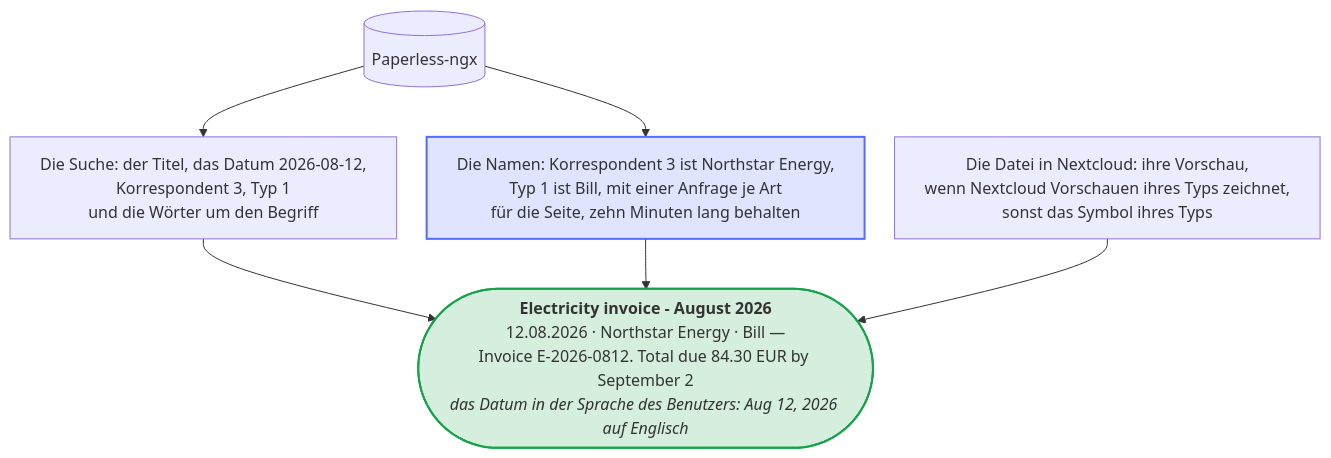
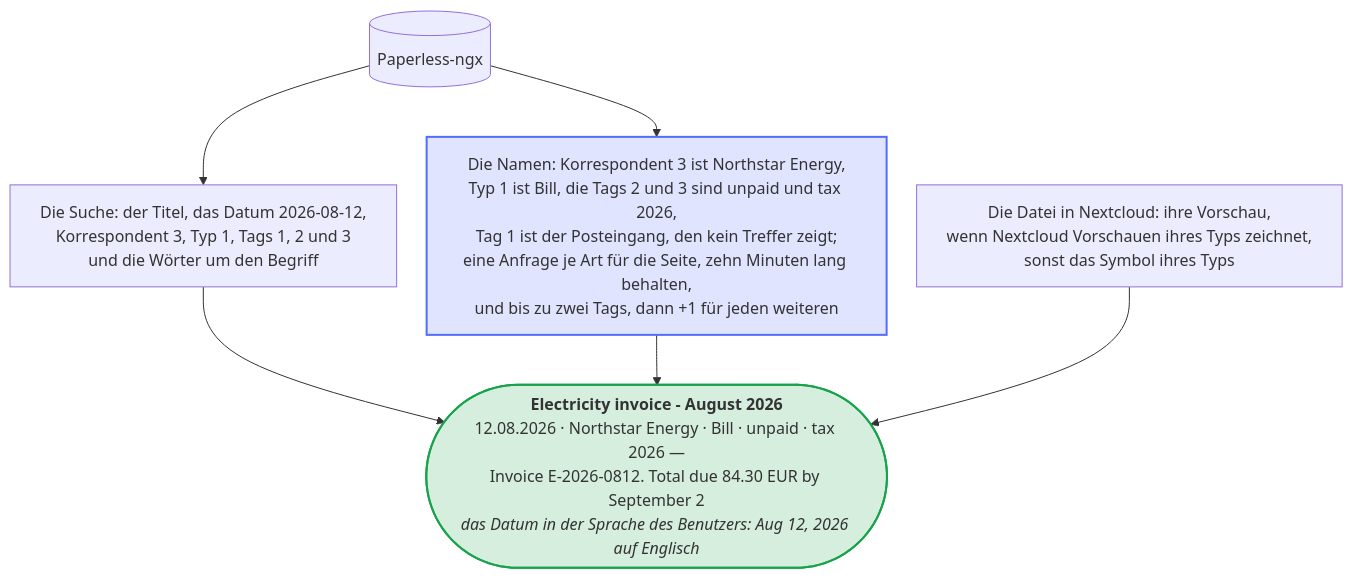
The diagram in docs/diagrams/what-a-result-shows.de.mmd (Dennis-Otto/paperless-unified-search), drawn with Mermaid before and after one commit. The commit also changed 94 other files, not shown here.

```diff
--- a/docs/diagrams/what-a-result-shows.de.mmd
+++ b/docs/diagrams/what-a-result-shows.de.mmd
@@ -1,29 +1,29 @@
 ---
 config:
   flowchart:
     wrappingWidth: 400
     nodeSpacing: 30
 ---
 flowchart TB
     accTitle: Was ein Treffer zeigt
-    accDescr: Die Suche von Paperless-ngx schickt den Titel von Dokument 412, sein Datum 2026-08-12, die IDs seines Korrespondenten und seines Typs, 3 und 1, und die Wörter um den Begriff. Paperless nennt Korrespondent 3 Northstar Energy und Typ 1 Bill, mit einer Anfrage je Art für alle Dokumente der Seite, die die App zehn Minuten lang behält. Die Datei des Dokuments in Nextcloud liefert die Vorschau, wenn Nextcloud Vorschauen ihres Typs zeichnet, sonst das Symbol des Typs, wie die Suche nach Dateien sie zeigt. Der Treffer zeigt dieses Bild, den Titel Electricity invoice - August 2026 und darunter 12.08.2026 · Northstar Energy · Bill — Invoice E-2026-0812. Total due 84.30 EUR by September 2, mit dem Datum in der Sprache des Benutzers, etwa Aug 12, 2026 auf Englisch.
+    accDescr: Die Suche von Paperless-ngx schickt den Titel von Dokument 412, sein Datum 2026-08-12, die IDs seines Korrespondenten und seines Typs, 3 und 1, seiner Tags, 1, 2 und 3, und die Wörter um den Begriff. Paperless nennt Korrespondent 3 Northstar Energy, Typ 1 Bill und die Tags 2 und 3 unpaid und tax 2026; Tag 1 ist der Posteingang, den kein Treffer zeigt. Das kostet eine Anfrage je Art für alle Dokumente der Seite, die die App zehn Minuten lang behält, und ein Treffer zeigt bis zu zwei Tags, dann +1 für jeden weiteren. Die Datei des Dokuments in Nextcloud liefert die Vorschau, wenn Nextcloud Vorschauen ihres Typs zeichnet, sonst das Symbol des Typs, wie die Suche nach Dateien sie zeigt. Der Treffer zeigt dieses Bild, den Titel Electricity invoice - August 2026 und darunter 12.08.2026 · Northstar Energy · Bill · unpaid · tax 2026 — Invoice E-2026-0812. Total due 84.30 EUR by September 2, mit dem Datum in der Sprache des Benutzers, etwa Aug 12, 2026 auf Englisch.
 
     paperless[("Paperless-ngx")]
-    search["Die Suche: der Titel, das Datum 2026-08-12,<br>Korrespondent 3, Typ 1<br>und die Wörter um den Begriff"]
-    names["Die Namen: Korrespondent 3 ist Northstar Energy,<br>Typ 1 ist Bill, mit einer Anfrage je Art<br>für die Seite, zehn Minuten lang behalten"]
+    search["Die Suche: der Titel, das Datum 2026-08-12,<br>Korrespondent 3, Typ 1, Tags 1, 2 und 3<br>und die Wörter um den Begriff"]
+    names["Die Namen: Korrespondent 3 ist Northstar Energy,<br>Typ 1 ist Bill, die Tags 2 und 3 sind unpaid und tax 2026,<br>Tag 1 ist der Posteingang, den kein Treffer zeigt;<br>eine Anfrage je Art für die Seite, zehn Minuten lang behalten,<br>und bis zu zwei Tags, dann +1 für jeden weiteren"]
     file["Die Datei in Nextcloud: ihre Vorschau,<br>wenn Nextcloud Vorschauen ihres Typs zeichnet,<br>sonst das Symbol ihres Typs"]
     result(["`**Electricity invoice - August 2026**
-    12.08.2026 · Northstar Energy · Bill —
+    12.08.2026 · Northstar Energy · Bill · unpaid · tax 2026 —
     Invoice E-2026-0812. Total due 84.30 EUR by September 2
     *das Datum in der Sprache des Benutzers: Aug 12, 2026 auf Englisch*`"])
 
     paperless --> search
     paperless --> names
     search --> result
     names --> result
     file --> result
 
     classDef app fill:#526cfe2e,stroke:#526cfe,stroke-width:2px
     classDef yes fill:#16a34a2e,stroke:#16a34a,stroke-width:2px
     class names app
     class result yes
```
